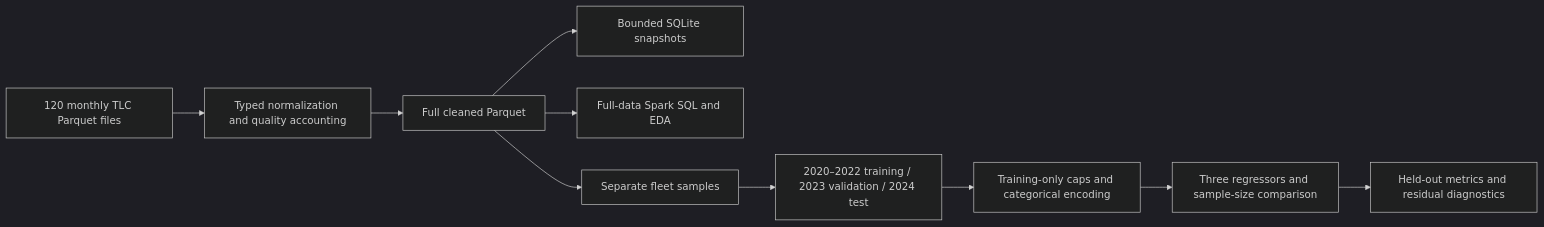
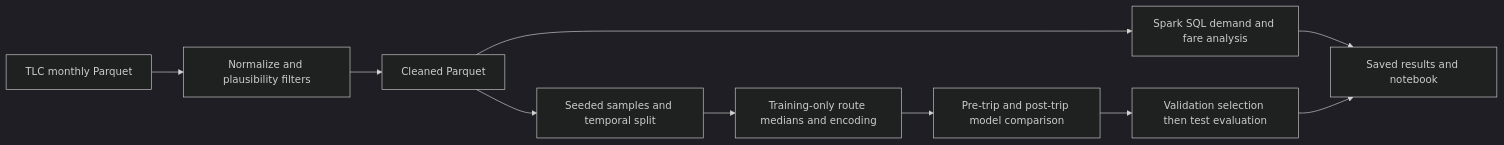
Before and after one commit to Ob1005/nyc-taxi-big-data-analytics: the diagram in README.md, drawn with Mermaid (dark theme). The commit also changed other lines of this file and 102 other files, not shown here.

Commit message:
Simplify taxi study and compare pre-trip with post-trip fares

````diff
--- a/README.md
+++ b/README.md
@@ -81,12 +7,12 @@
 ```mermaid
 flowchart LR
-    A[120 monthly TLC Parquet files] --> B[Typed normalization and quality accounting]
-    B --> C[Full cleaned Parquet]
-    C --> D[Bounded SQLite snapshots]
-    C --> E[Full-data Spark SQL and EDA]
-    C --> F[Separate fleet samples]
-    F --> G[2020–2022 training / 2023 validation / 2024 test]
-    G --> H[Training-only caps and categorical encoding]
-    H --> I[Three regressors and sample-size comparison]
-    I --> J[Held-out metrics and residual diagnostics]
+    A[TLC monthly Parquet] --> B[Normalize and plausibility filters]
+    B --> C[Cleaned Parquet]
+    C --> D[Spark SQL demand and fare analysis]
+    C --> E[Seeded samples and temporal split]
+    E --> F[Training-only route medians and encoding]
+    F --> G[Pre-trip and post-trip model comparison]
+    G --> H[Validation selection then test evaluation]
+    D --> I[Saved results and notebook]
+    H --> I
 ```
````
